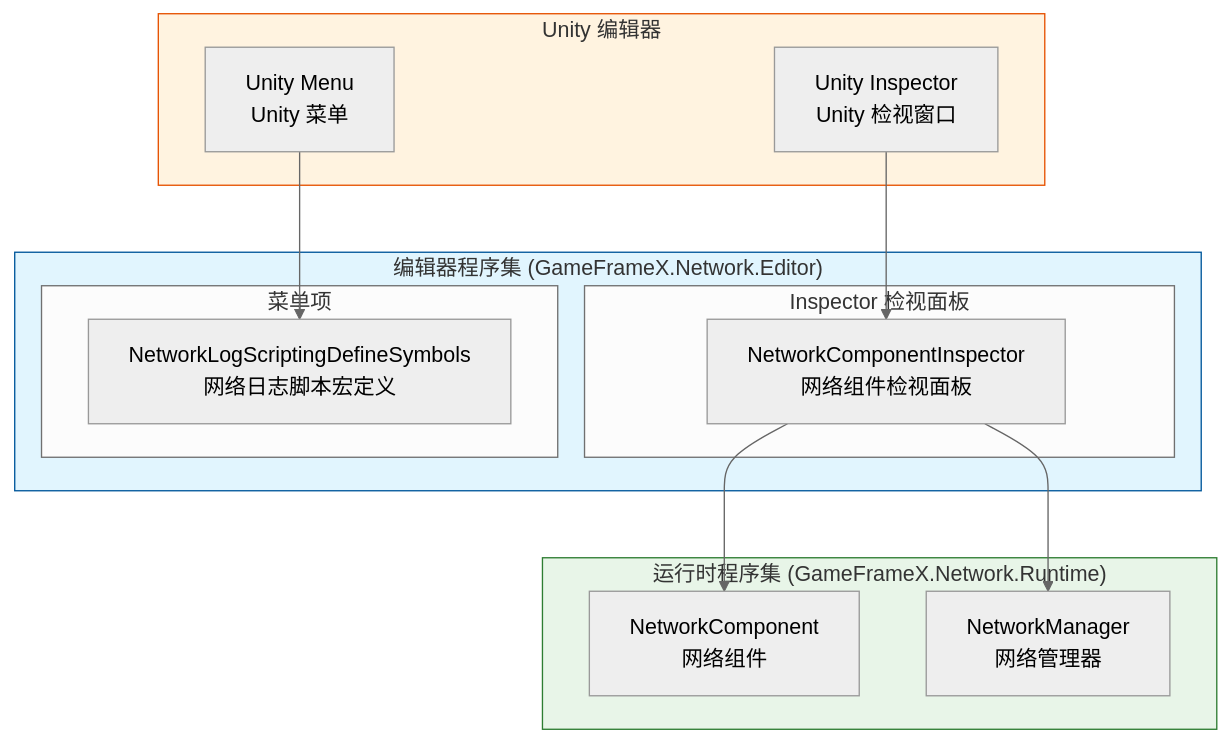
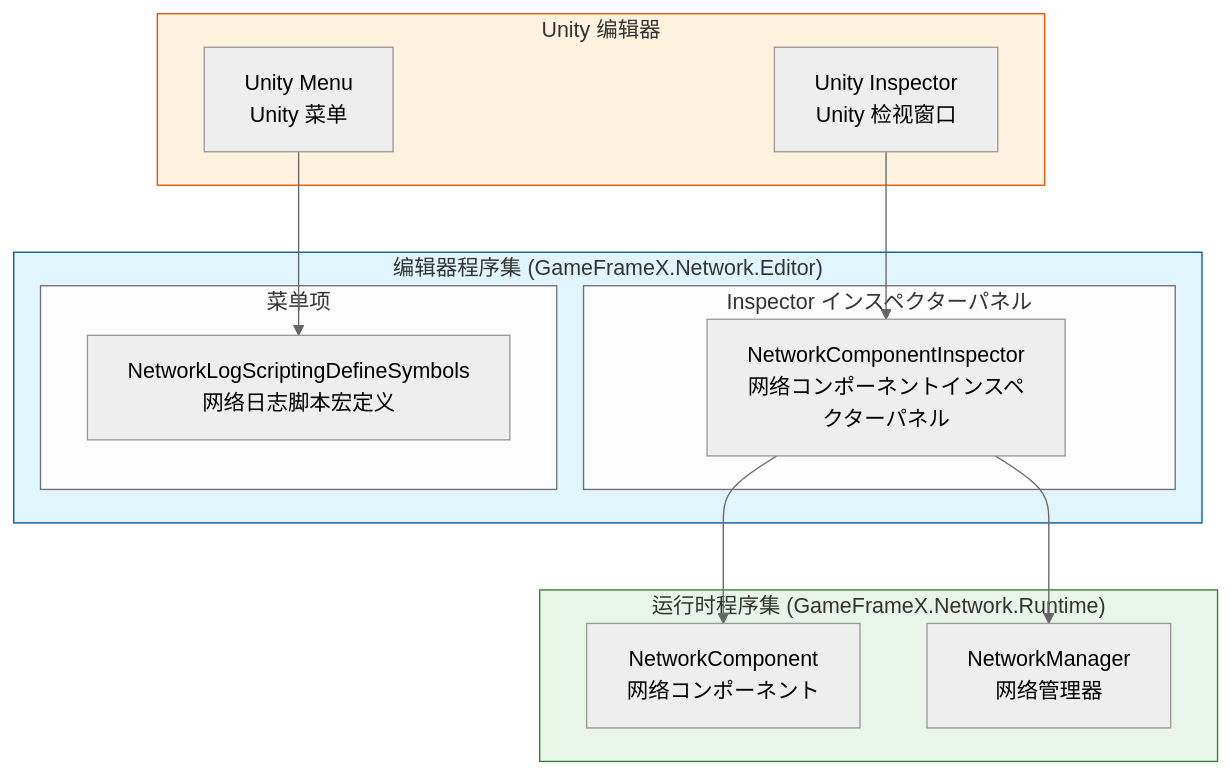
The first of 3 diagrams in docs/ja/client/unity/component/network/12.editor-configuration.md (AlianBlank/GameFrameX.Docs), drawn with Mermaid (neutral theme) before and after one commit. The commit also changed other lines of this file and 603 other files, not shown here.

````diff
--- a/docs/ja/client/unity/component/network/12.editor-configuration.md
+++ b/docs/ja/client/unity/component/network/12.editor-configuration.md
@@ -18,31 +18,31 @@
 ```mermaid
 graph TD
     subgraph Editor["编辑器程序集 (GameFrameX.Network.Editor)"]
-        subgraph Inspector["Inspector 检视面板"]
-            NCI[NetworkComponentInspector<br/>网络组件检视面板]
+        subgraph Inspector["Inspector インスペクターパネル"]
+            NCI[NetworkComponentInspector<br/>网络コンポーネントインスペクターパネル]
         end
         
         subgraph Menu["菜单项"]
             NLSDS[NetworkLogScriptingDefineSymbols<br/>网络日志脚本宏定义]
         end
     end
     
     subgraph Runtime["运行时程序集 (GameFrameX.Network.Runtime)"]
-        NC[NetworkComponent<br/>网络组件]
+        NC[NetworkComponent<br/>网络コンポーネント]
         NM[NetworkManager<br/>网络管理器]
     end
     
     subgraph Unity["Unity 编辑器"]
         UE[Unity Inspector<br/>Unity 检视窗口]
         UM[Unity Menu<br/>Unity 菜单]
     end
     
     UE --> NCI
     NCI --> NC
     NCI --> NM
     UM --> NLSDS
     
     style Editor fill:#e1f5fe,stroke:#01579b
     style Runtime fill:#e8f5e8,stroke:#2e7d32
     style Unity fill:#fff3e0,stroke:#e65100
 ```
````
